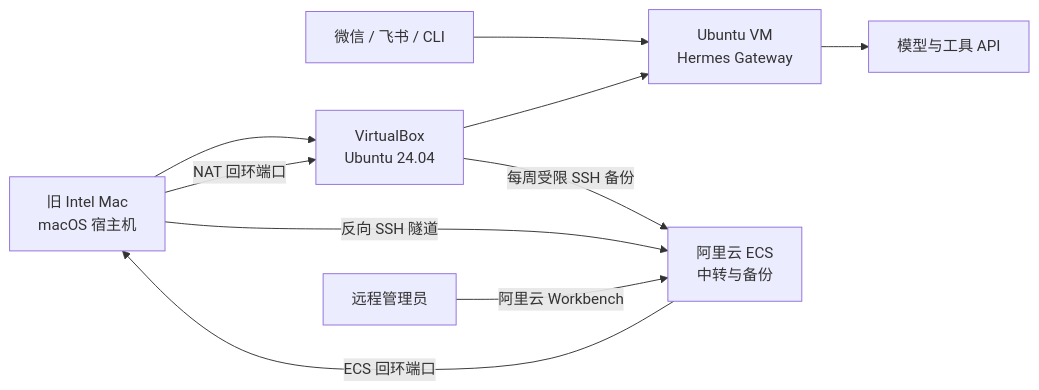
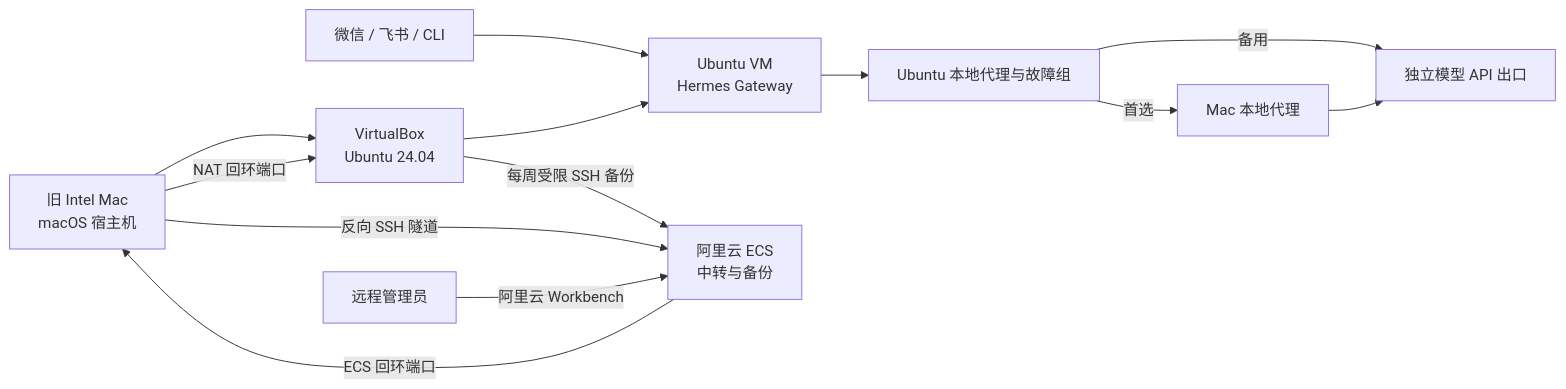
One commit to Matthew-1996/hermes-local-deployment-runbook changed the diagram in README.md. Above: the diagram before and after it, drawn with Mermaid. The commit also changed other lines of this file and 13 other files, not shown here.

````diff
--- a/README.md
+++ b/README.md
@@ -15,12 +17,15 @@
 ```mermaid
 flowchart LR
     U[微信 / 飞书 / CLI] --> G[Ubuntu VM\nHermes Gateway]
-    G --> API[模型与工具 API]
+    G --> P[Ubuntu 本地代理与故障组]
+    P -->|首选| MP[Mac 本地代理]
+    P -->|备用| API[独立模型 API 出口]
+    MP --> API
     M[旧 Intel Mac\nmacOS 宿主机] --> V[VirtualBox\nUbuntu 24.04]
     V --> G
     V -->|每周受限 SSH 备份| C[阿里云 ECS\n中转与备份]
     M -->|反向 SSH 隧道| C
     O[远程管理员] -->|阿里云 Workbench| C
     C -->|ECS 回环端口| M
     M -->|NAT 回环端口| V
 ```
````
